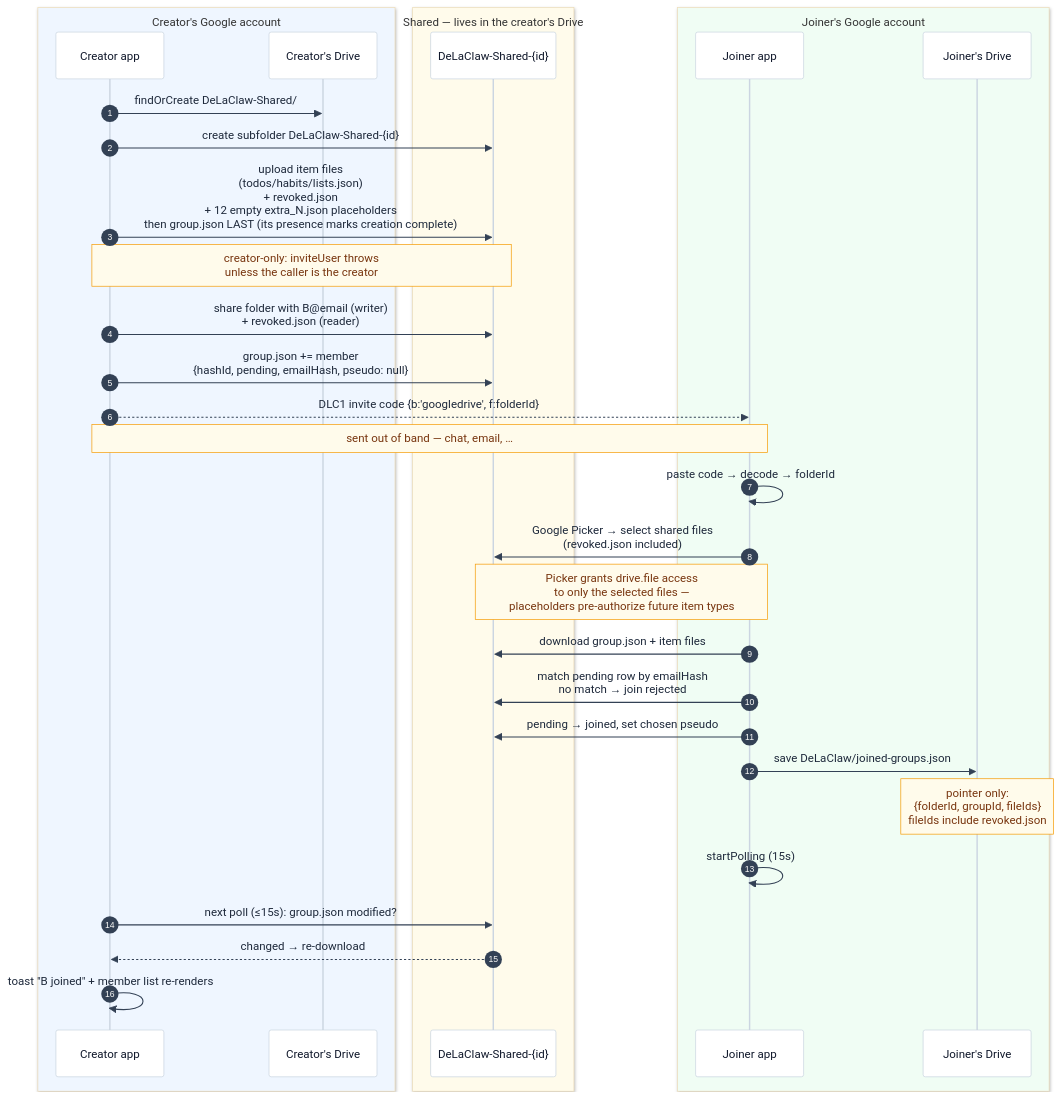
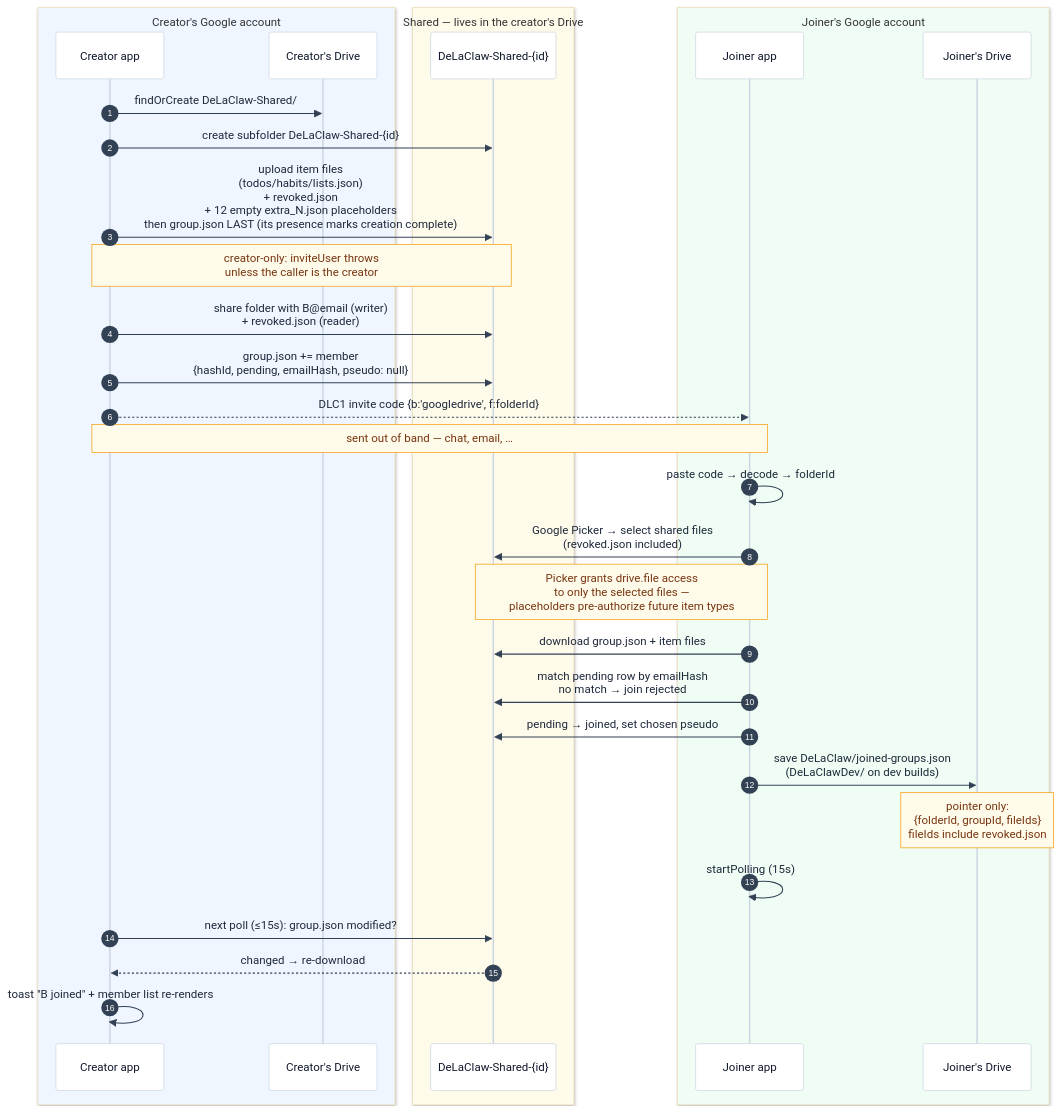
One commit to AntGro/DeLaClaw changed the fifth of 12 diagrams in docs-site/sharing.md. Above: the diagram before and after it, drawn with Mermaid. The commit also changed other lines of this file and 15 other files, not shown here.

````diff
--- a/docs-site/sharing.md
+++ b/docs-site/sharing.md
@@ -123,37 +125,37 @@
 ```mermaid
 %%{init: {'theme': 'base', 'themeVariables': {'background': '#fbfaf8', 'actorBkg': '#ffffff', 'actorBorder': '#cbd5e1', 'actorTextColor': '#0f172a', 'actorLineColor': '#cbd5e1', 'signalColor': '#334155', 'signalTextColor': '#1e293b', 'noteBkgColor': '#fffbeb', 'noteBorderColor': '#f59e0b', 'noteTextColor': '#78350f', 'labelBoxBkgColor': '#0f172a', 'labelBoxBorderColor': '#0f172a', 'labelTextColor': '#ffffff'}}}%%
 sequenceDiagram
     autonumber
     box rgb(239,246,255) Creator's Google account
     participant CA as Creator app
     participant CD as Creator's Drive
     end
     box rgb(255,251,235) Shared — lives in the creator's Drive
     participant SF as DeLaClaw-Shared-{id}
     end
     box rgb(240,253,244) Joiner's Google account
     participant JA as Joiner app
     participant JD as Joiner's Drive
     end
 
     CA->>CD: findOrCreate DeLaClaw-Shared/
     CA->>SF: create subfolder DeLaClaw-Shared-{id}
     CA->>SF: upload item files<br/>(todos/habits/lists.json)<br/>+ revoked.json<br/>+ 12 empty extra_N.json placeholders<br/>then group.json LAST (its presence marks creation complete)
     Note over CA,SF: creator-only: inviteUser throws<br/>unless the caller is the creator
     CA->>SF: share folder with B@email (writer)<br/>+ revoked.json (reader)
     CA->>SF: group.json += member<br/>{hashId, pending, emailHash, pseudo: null}
     CA-->>JA: DLC1 invite code {b:'googledrive', f:folderId}
     Note over CA,JA: sent out of band — chat, email, …
     JA->>JA: paste code → decode → folderId
     JA->>SF: Google Picker → select shared files<br/>(revoked.json included)
     Note over JA,SF: Picker grants drive.file access<br/>to only the selected files —<br/>placeholders pre-authorize future item types
     JA->>SF: download group.json + item files
     JA->>SF: match pending row by emailHash<br/>no match → join rejected
     JA->>SF: pending → joined, set chosen pseudo
-    JA->>JD: save DeLaClaw/joined-groups.json
+    JA->>JD: save DeLaClaw/joined-groups.json<br/>(DeLaClawDev/ on dev builds)
     Note over JD: pointer only:<br/>{folderId, groupId, fileIds}<br/>fileIds include revoked.json
     JA->>JA: startPolling (15s)
     CA->>SF: next poll (≤15s): group.json modified?
     SF-->>CA: changed → re-download
     CA->>CA: toast "B joined" + member list re-renders
 ```
````
